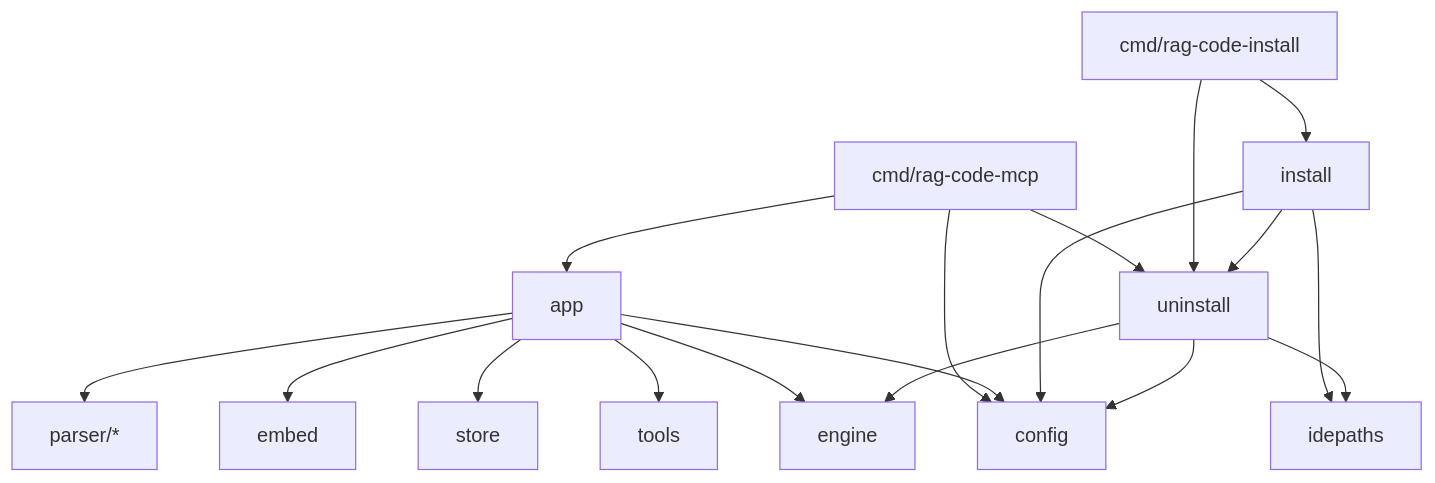
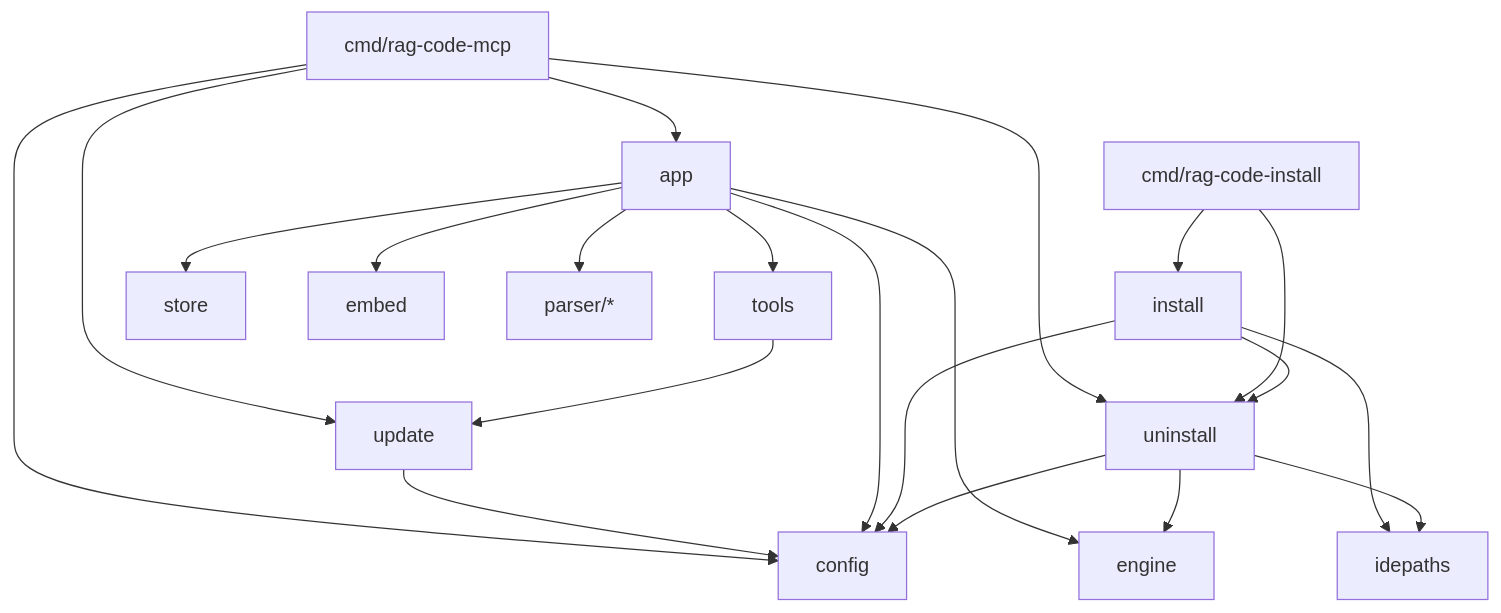
The diagram in internal/README.md (doITmagic/rag-code-mcp), drawn with Mermaid before and after one commit. The commit also changed other lines of this file and 15 other files, not shown here.

````diff
--- a/internal/README.md
+++ b/internal/README.md
@@ -29,20 +30,23 @@
 ```mermaid
 graph TD
     MCP[cmd/rag-code-mcp] --> APP[app]
     MCP --> CFG[config]
     MCP --> UN[uninstall]
+    MCP --> UPD[update]
+    TOOLS --> UPD
+    UPD --> CFG
     INST[cmd/rag-code-install] --> IN[install]
     INST --> UN
     APP --> CFG
     APP --> ENG[engine]
     APP --> TOOLS[tools]
     APP --> STORE[store]
     APP --> EMBED[embed]
     APP --> PARSERS[parser/*]
     IN --> CFG
     IN --> IDE[idepaths]
     IN --> UN
     UN --> CFG
     UN --> IDE
     UN --> ENG
 ```
````
